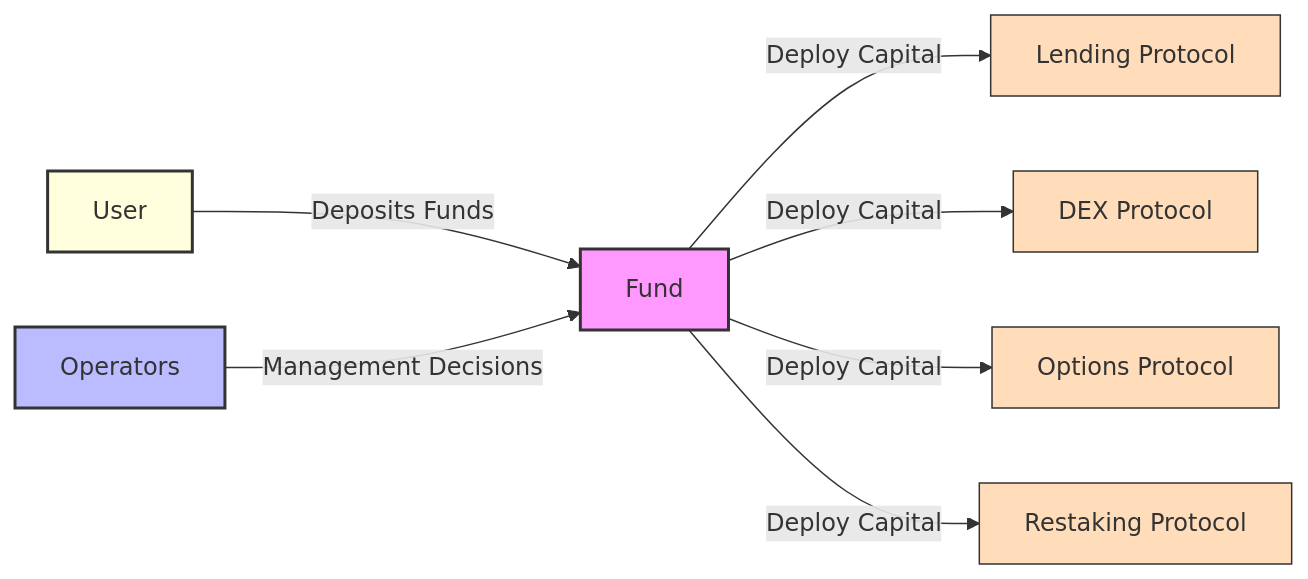
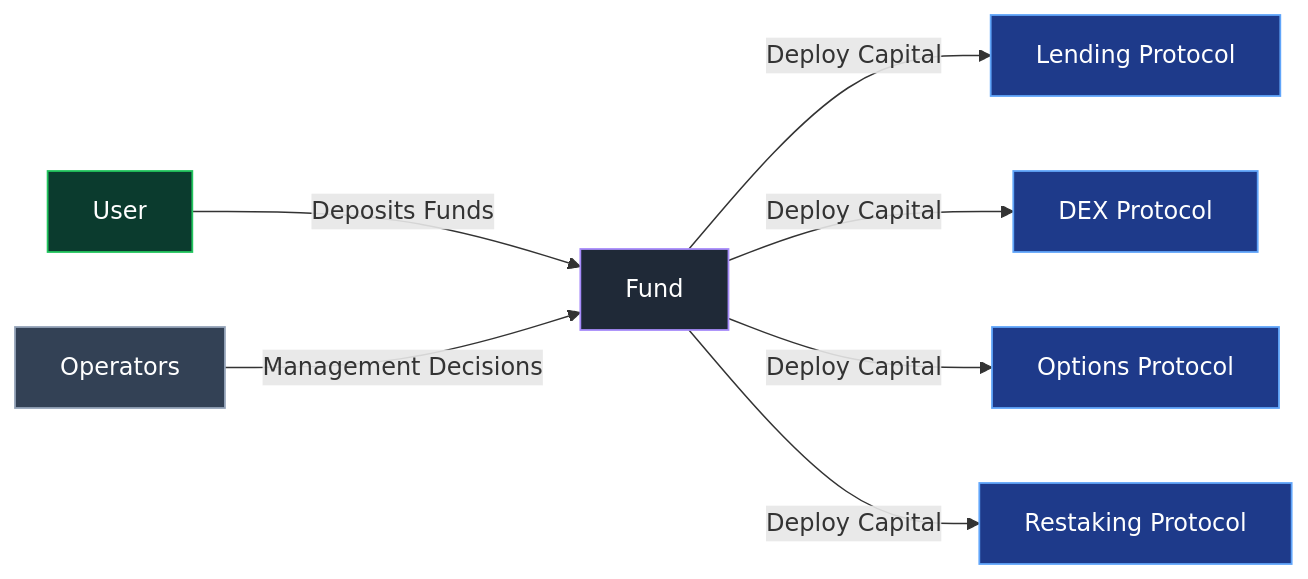
Before and after one commit to DAMM-Cap/DAMM-Documentation: the first of 4 diagrams in docs/toolkit/funds.md, drawn with Mermaid. The commit also changed other lines of this file and 1 other file, not shown here.

````diff
--- a/docs/toolkit/funds.md
+++ b/docs/toolkit/funds.md
@@ -9,25 +9,25 @@
 ```mermaid
 graph LR
     %% User Deposit Flow
     U[User] -->|Deposits Funds| F[Fund]
     
     %% Operator Management
     O[Operators] -->|Management Decisions| F
     
     %% Investment Flow
     F -->|Deploy Capital| P1[Lending Protocol]
     F -->|Deploy Capital| P2[DEX Protocol]
     F -->|Deploy Capital| P3[Options Protocol]
     F -->|Deploy Capital| P4[Restaking Protocol]
     
-    %% Styling
-    classDef user fill:#ffd,stroke:#333,stroke-width:2px
-    classDef fund fill:#f9f,stroke:#333,stroke-width:2px
-    classDef operator fill:#bbf,stroke:#333,stroke-width:2px
-    classDef protocol fill:#fdb,stroke:#333,stroke-width:1px
+    %% Styling (dark-mode + light-mode friendly)
+    classDef user fill:#0b3b2e,stroke:#22c55e,color:#ffffff,stroke-width:1.2px
+    classDef fund fill:#1f2937,stroke:#a78bfa,color:#ffffff,stroke-width:1.2px
+    classDef operator fill:#334155,stroke:#94a3b8,color:#ffffff,stroke-width:1.2px
+    classDef protocol fill:#1e3a8a,stroke:#60a5fa,color:#ffffff,stroke-width:1.2px
     
     class U user
     class F fund
     class O operator
     class P1,P2,P3,P4 protocol
 ```
````
